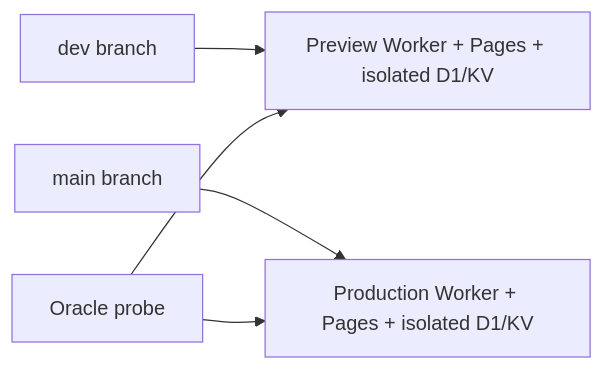
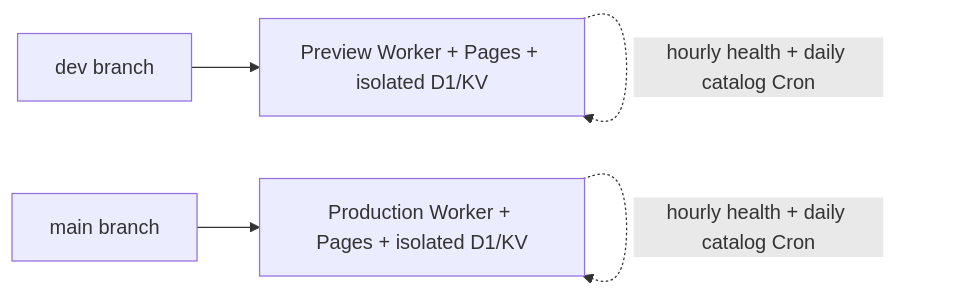
One commit to llmfaucet/llmfaucet changed the diagram in internal/architecture/diagrams/deployment-flow.md. Above: the diagram before and after it, drawn with Mermaid. The commit also changed 203 other files, not shown here.

````diff
--- a/internal/architecture/diagrams/deployment-flow.md
+++ b/internal/architecture/diagrams/deployment-flow.md
@@ -3,7 +3,7 @@
 ```mermaid
 flowchart LR
   Dev[dev branch] --> Preview[Preview Worker + Pages + isolated D1/KV]
   Main[main branch] --> Production[Production Worker + Pages + isolated D1/KV]
-  VPS[Oracle probe] --> Preview
-  VPS --> Production
+  Preview -. hourly health + daily catalog Cron .-> Preview
+  Production -. hourly health + daily catalog Cron .-> Production
 ```
````
